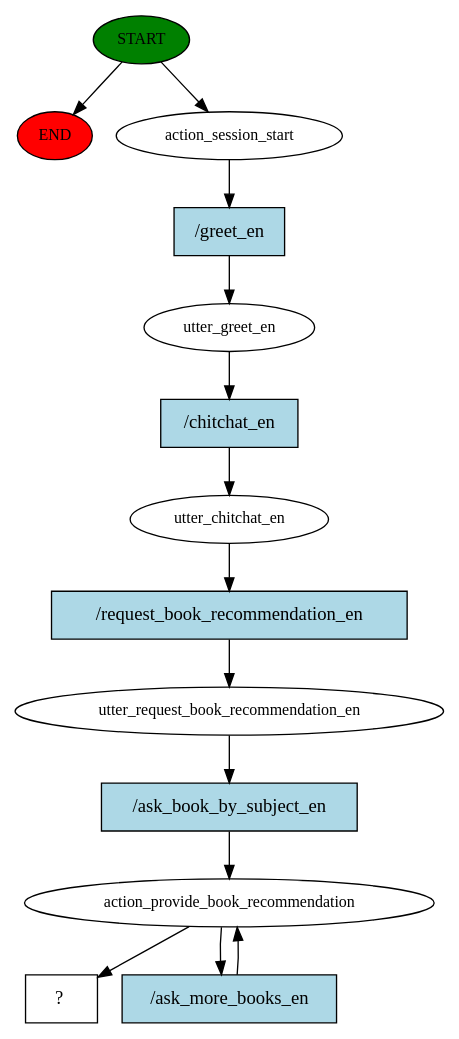
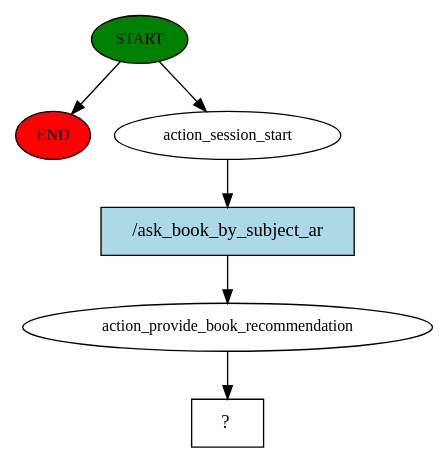
The diagram in story_graph.dot (BZU-Library-Chatbot/Rasa), drawn with Graphviz before and after one commit. The commit also changed 7 other files, not shown here.

```diff
--- a/story_graph.dot
+++ b/story_graph.dot
@@ -1,28 +1,13 @@
 digraph  {
 0 [class="start active", fillcolor=green, fontsize=12, label=START, style=filled];
 "-1" [class=end, fillcolor=red, fontsize=12, label=END, style=filled];
 1 [class=active, fontsize=12, label=action_session_start];
-2 [class=active, fontsize=12, label=utter_greet_en];
-3 [class=active, fontsize=12, label=utter_chitchat_en];
-4 [class=active, fontsize=12, label=utter_request_book_recommendation_en];
-5 [class=active, fontsize=12, label=action_provide_book_recommendation];
-7 [class="intent dashed active", label="  ?  ", shape=rect];
-8 [class="intent active", fillcolor=lightblue, label="/greet_en", shape=rect, style=filled];
-9 [class="intent active", fillcolor=lightblue, label="/chitchat_en", shape=rect, style=filled];
-10 [class="intent active", fillcolor=lightblue, label="/request_book_recommendation_en", shape=rect, style=filled];
-11 [class="intent active", fillcolor=lightblue, label="/ask_book_by_subject_en", shape=rect, style=filled];
-12 [class="intent active", fillcolor=lightblue, label="/ask_more_books_en", shape=rect, style=filled];
+2 [class=active, fontsize=12, label=action_provide_book_recommendation];
+3 [class="intent dashed active", label="  ?  ", shape=rect];
+4 [class="intent active", fillcolor=lightblue, label="/ask_book_by_subject_ar", shape=rect, style=filled];
 0 -> "-1"  [class="", key=NONE, label=""];
 0 -> 1  [class=active, key=NONE, label=""];
-1 -> 8  [class=active, key=0];
-2 -> 9  [class=active, key=0];
-3 -> 10  [class=active, key=0];
-4 -> 11  [class=active, key=0];
-5 -> 7  [class=active, key=NONE, label=""];
-5 -> 12  [class=active, key=0];
-8 -> 2  [class=active, key=0];
-9 -> 3  [class=active, key=0];
-10 -> 4  [class=active, key=0];
-11 -> 5  [class=active, key=0];
-12 -> 5  [class=active, key=0];
+1 -> 4  [class=active, key=0];
+2 -> 3  [class=active, key=NONE, label=""];
+4 -> 2  [class=active, key=0];
 }
```
